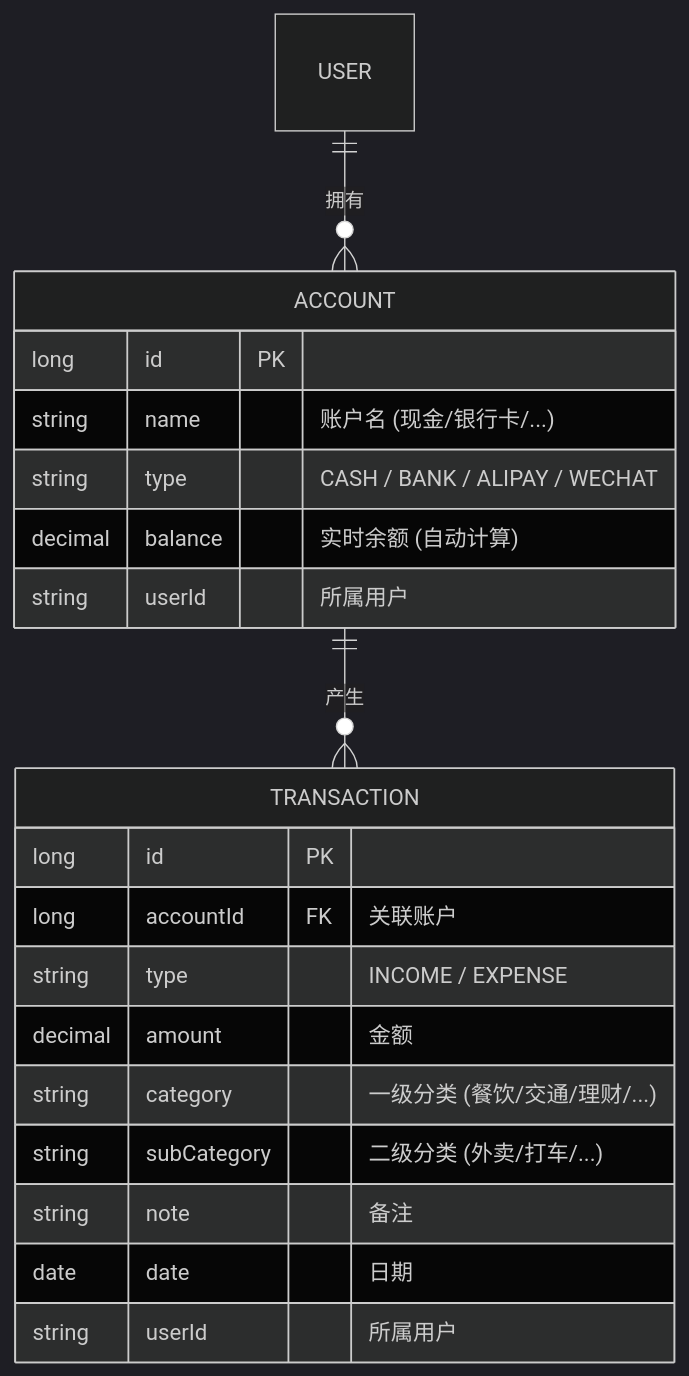
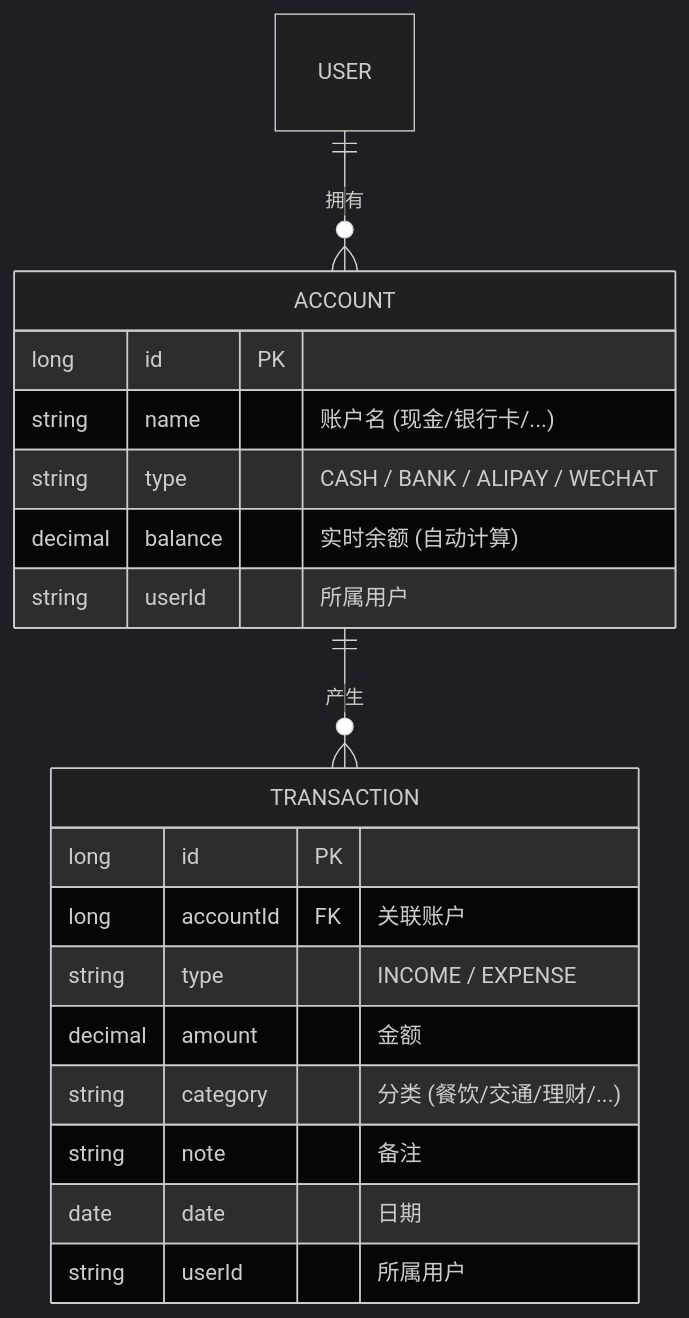
Before and after one commit to reallyhwc/test-learn-agent: the fourth of 6 diagrams in README.md, drawn with Mermaid (dark theme). The commit also changed other lines of this file and 23 other files, not shown here.

````diff
--- a/README.md
+++ b/README.md
@@ -164,25 +134,24 @@
 ```mermaid
 erDiagram
     USER ||--o{ ACCOUNT : "拥有"
     ACCOUNT ||--o{ TRANSACTION : "产生"
-
+    
     ACCOUNT {
         long id PK
         string name "账户名 (现金/银行卡/...)"
         string type "CASH / BANK / ALIPAY / WECHAT"
         decimal balance "实时余额 (自动计算)"
         string userId "所属用户"
     }
-
+    
     TRANSACTION {
         long id PK
         long accountId FK "关联账户"
         string type "INCOME / EXPENSE"
         decimal amount "金额"
-        string category "一级分类 (餐饮/交通/理财/...)"
-        string subCategory "二级分类 (外卖/打车/...)"
+        string category "分类 (餐饮/交通/理财/...)"
         string note "备注"
         date date "日期"
         string userId "所属用户"
     }
 ```
````
